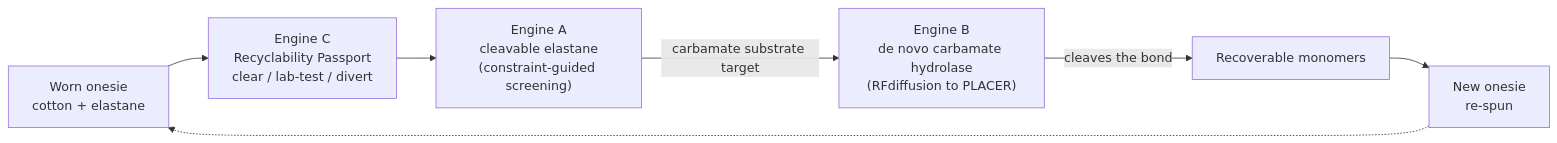
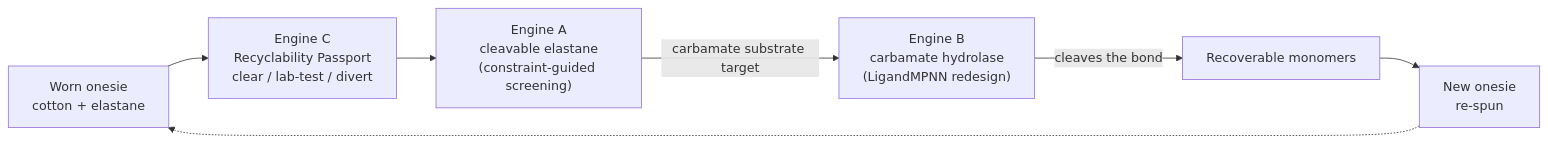
One commit to StephenSook/rewear-fused changed the first of 2 diagrams in README.md. Above: the diagram before and after it, drawn with Mermaid. The commit also changed other lines of this file and 1 other file, not shown here.

First line of the commit message:
docs: honest LigandMPNN-redesign framing in README + DevPost (drop de-novo overclaim)

````diff
--- a/README.md
+++ b/README.md
@@ -56,10 +56,10 @@
 ```mermaid
 flowchart LR
     G["Worn onesie<br/>cotton + elastane"]
     G --> C["Engine C<br/>Recyclability Passport<br/>clear / lab-test / divert"]
     C --> A["Engine A<br/>cleavable elastane<br/>(constraint-guided screening)"]
-    A -- "carbamate substrate target" --> B["Engine B<br/>de novo carbamate hydrolase<br/>(RFdiffusion to PLACER)"]
+    A -- "carbamate substrate target" --> B["Engine B<br/>carbamate hydrolase<br/>(LigandMPNN redesign)"]
     B -- "cleaves the bond" --> M["Recoverable monomers"]
     M --> N["New onesie<br/>re-spun"]
     N -.-> G
 ```
````
